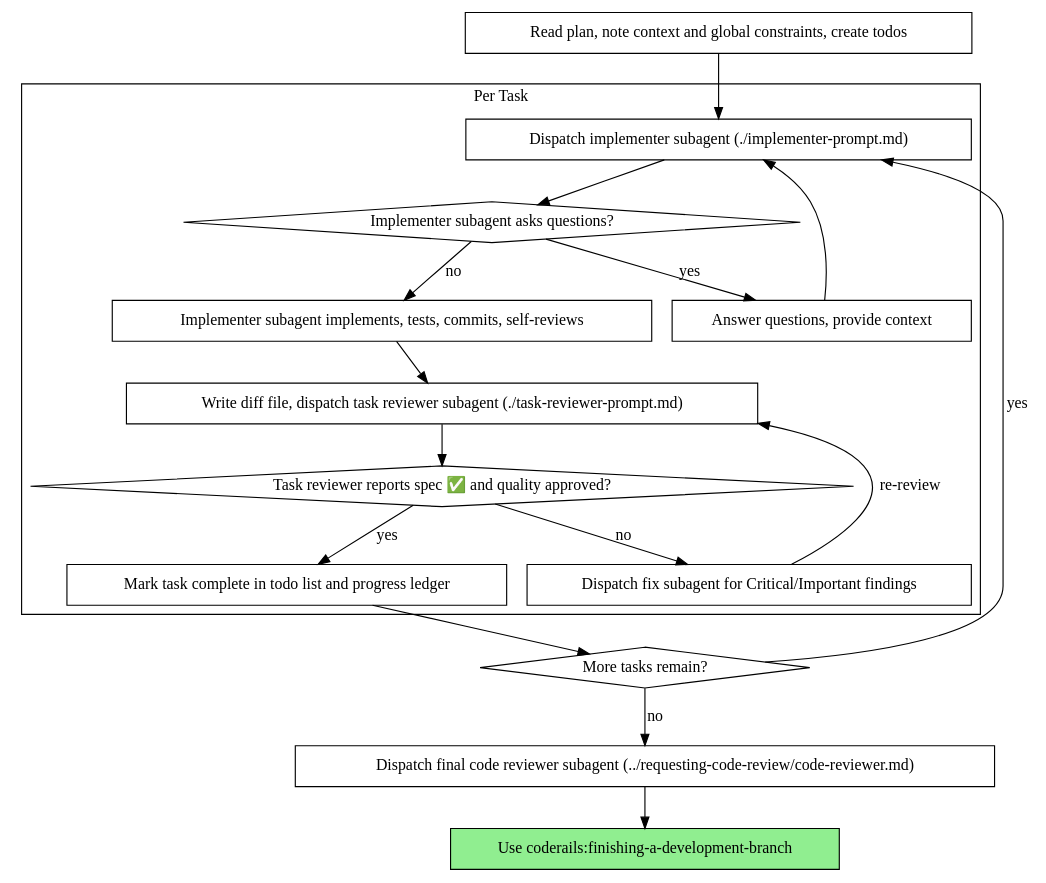
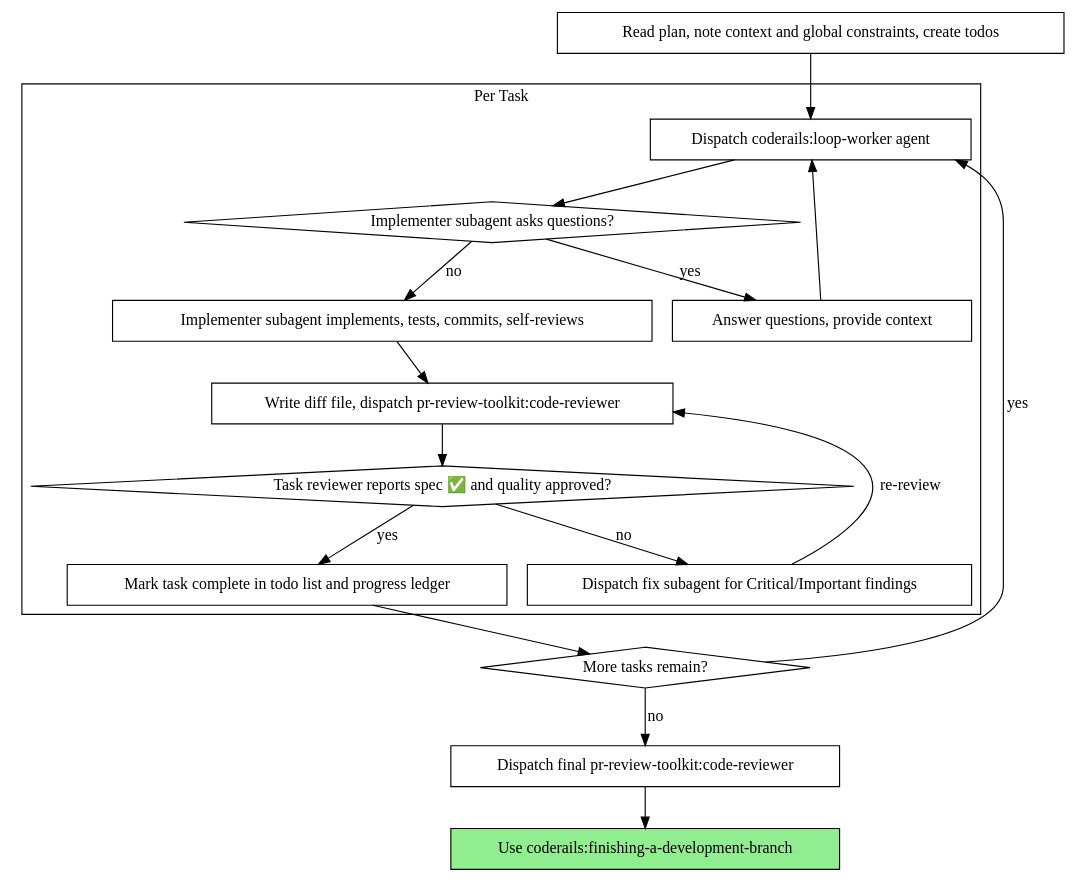
One commit to blueman82/coderails changed the second of 2 diagrams in skills/subagent-driven-development/SKILL.md. Above: the diagram before and after it, drawn with Graphviz. The commit also changed other lines of this file, not shown here.

Commit message:
Update documentation: SKILL.md via Edit [2026-07-28 19:49]

````diff
--- a/skills/subagent-driven-development/SKILL.md
+++ b/skills/subagent-driven-development/SKILL.md
@@ -47,37 +47,37 @@
 ```dot
 digraph process {
     rankdir=TB;
 
     subgraph cluster_per_task {
         label="Per Task";
-        "Dispatch implementer subagent (./implementer-prompt.md)" [shape=box];
+        "Dispatch coderails:loop-worker agent" [shape=box];
         "Implementer subagent asks questions?" [shape=diamond];
         "Answer questions, provide context" [shape=box];
         "Implementer subagent implements, tests, commits, self-reviews" [shape=box];
-        "Write diff file, dispatch task reviewer subagent (./task-reviewer-prompt.md)" [shape=box];
+        "Write diff file, dispatch pr-review-toolkit:code-reviewer" [shape=box];
         "Task reviewer reports spec ✅ and quality approved?" [shape=diamond];
         "Dispatch fix subagent for Critical/Important findings" [shape=box];
         "Mark task complete in todo list and progress ledger" [shape=box];
     }
 
     "Read plan, note context and global constraints, create todos" [shape=box];
     "More tasks remain?" [shape=diamond];
-    "Dispatch final code reviewer subagent (../requesting-code-review/code-reviewer.md)" [shape=box];
+    "Dispatch final pr-review-toolkit:code-reviewer" [shape=box];
     "Use coderails:finishing-a-development-branch" [shape=box style=filled fillcolor=lightgreen];
 
-    "Read plan, note context and global constraints, create todos" -> "Dispatch implementer subagent (./implementer-prompt.md)";
-    "Dispatch implementer subagent (./implementer-prompt.md)" -> "Implementer subagent asks questions?";
+    "Read plan, note context and global constraints, create todos" -> "Dispatch coderails:loop-worker agent";
+    "Dispatch coderails:loop-worker agent" -> "Implementer subagent asks questions?";
     "Implementer subagent asks questions?" -> "Answer questions, provide context" [label="yes"];
-    "Answer questions, provide context" -> "Dispatch implementer subagent (./implementer-prompt.md)";
+    "Answer questions, provide context" -> "Dispatch coderails:loop-worker agent";
     "Implementer subagent asks questions?" -> "Implementer subagent implements, tests, commits, self-reviews" [label="no"];
-    "Implementer subagent implements, tests, commits, self-reviews" -> "Write diff file, dispatch task reviewer subagent (./task-reviewer-prompt.md)";
-    "Write diff file, dispatch task reviewer subagent (./task-reviewer-prompt.md)" -> "Task reviewer reports spec ✅ and quality approved?";
+    "Implementer subagent implements, tests, commits, self-reviews" -> "Write diff file, dispatch pr-review-toolkit:code-reviewer";
+    "Write diff file, dispatch pr-review-toolkit:code-reviewer" -> "Task reviewer reports spec ✅ and quality approved?";
     "Task reviewer reports spec ✅ and quality approved?" -> "Dispatch fix subagent for Critical/Important findings" [label="no"];
-    "Dispatch fix subagent for Critical/Important findings" -> "Write diff file, dispatch task reviewer subagent (./task-reviewer-prompt.md)" [label="re-review"];
+    "Dispatch fix subagent for Critical/Important findings" -> "Write diff file, dispatch pr-review-toolkit:code-reviewer" [label="re-review"];
     "Task reviewer reports spec ✅ and quality approved?" -> "Mark task complete in todo list and progress ledger" [label="yes"];
     "Mark task complete in todo list and progress ledger" -> "More tasks remain?";
-    "More tasks remain?" -> "Dispatch implementer subagent (./implementer-prompt.md)" [label="yes"];
-    "More tasks remain?" -> "Dispatch final code reviewer subagent (../requesting-code-review/code-reviewer.md)" [label="no"];
-    "Dispatch final code reviewer subagent (../requesting-code-review/code-reviewer.md)" -> "Use coderails:finishing-a-development-branch";
+    "More tasks remain?" -> "Dispatch coderails:loop-worker agent" [label="yes"];
+    "More tasks remain?" -> "Dispatch final pr-review-toolkit:code-reviewer" [label="no"];
+    "Dispatch final pr-review-toolkit:code-reviewer" -> "Use coderails:finishing-a-development-branch";
 }
 ```
````
